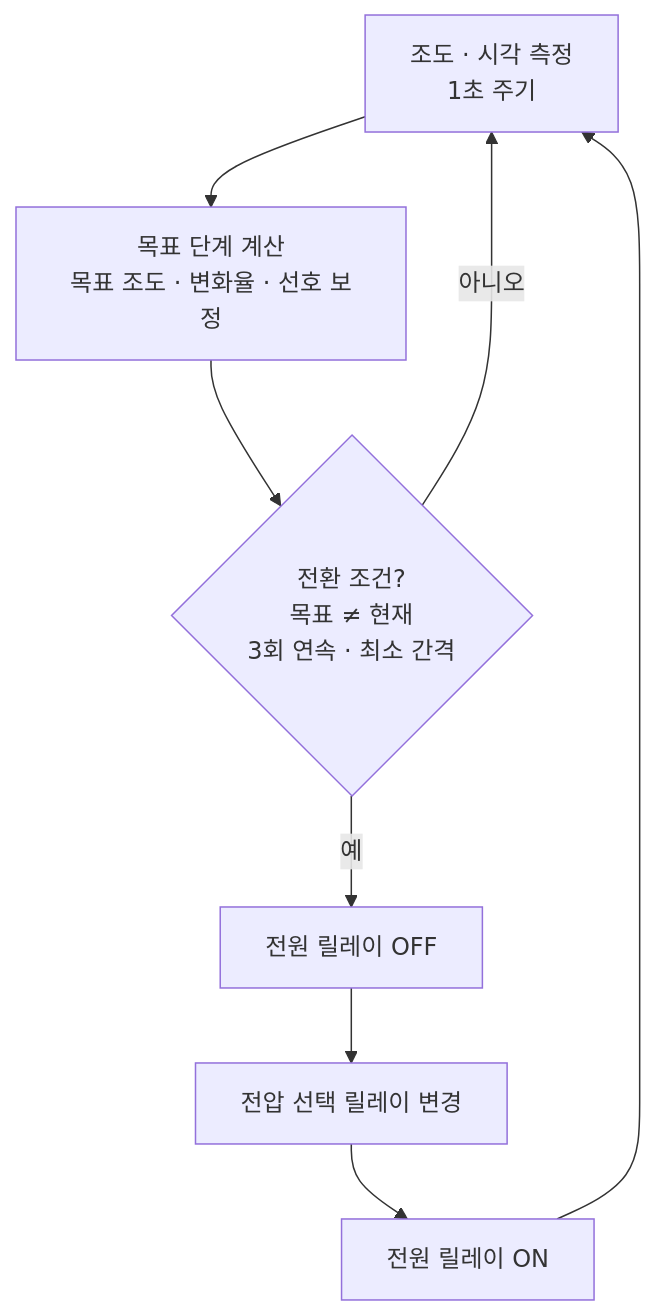
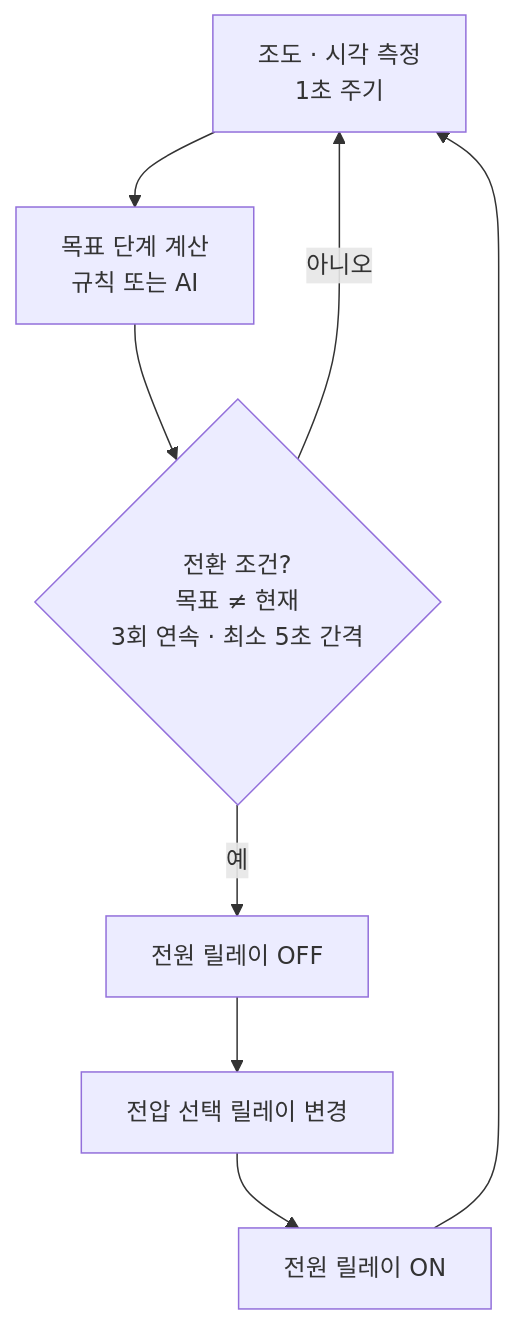
Before and after one commit to min-jx-x/microprocessor-capstone: the third of 3 diagrams in README.md, drawn with Mermaid. The commit also changed other lines of this file, not shown here.

````diff
--- a/README.md
+++ b/README.md
@@ -73,10 +100,10 @@
 ```mermaid
 flowchart TD
-    A[조도 · 시각 측정<br/>1초 주기] --> B[목표 단계 계산<br/>목표 조도 · 변화율 · 선호 보정]
-    B --> C{전환 조건?<br/>목표 ≠ 현재<br/>3회 연속 · 최소 간격}
+    A[조도 · 시각 측정<br/>1초 주기] --> B[목표 단계 계산<br/>규칙 또는 AI]
+    B --> C{전환 조건?<br/>목표 ≠ 현재<br/>3회 연속 · 최소 5초 간격}
     C -- 아니오 --> A
     C -- 예 --> D[전원 릴레이 OFF]
     D --> E[전압 선택 릴레이 변경]
     E --> G[전원 릴레이 ON]
     G --> A
 ```
````
